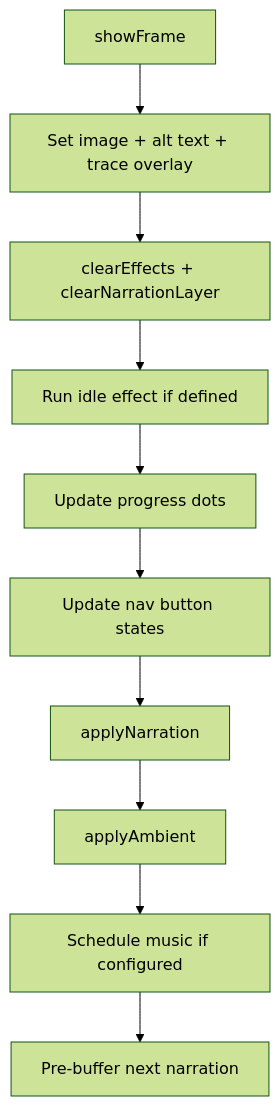
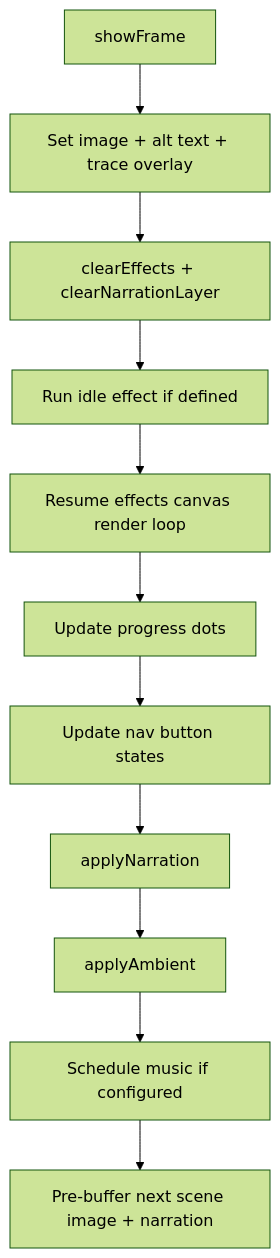
The third of 4 diagrams in docs/architecture.md (anchildress1/carbon-trace), drawn with Mermaid (forest theme) before and after one commit. The commit also changed other lines of this file and 2 other files, not shown here.

First line of the commit message:
docs: align README controls table and docs with narration-driven flow

````diff
--- a/docs/architecture.md
+++ b/docs/architecture.md
@@ -46,12 +46,13 @@
 ```mermaid
 flowchart TD
     A[showFrame] --> C[Set image + alt text + trace overlay]
     C --> D[clearEffects + clearNarrationLayer]
     D --> E[Run idle effect if defined]
-    E --> F[Update progress dots]
+    E --> E2[Resume effects canvas render loop]
+    E2 --> F[Update progress dots]
     F --> G[Update nav button states]
     G --> H[applyNarration]
     H --> I[applyAmbient]
     I --> J[Schedule music if configured]
-    J --> L[Pre-buffer next narration]
+    J --> L[Pre-buffer next scene image + narration]
 ```
````
